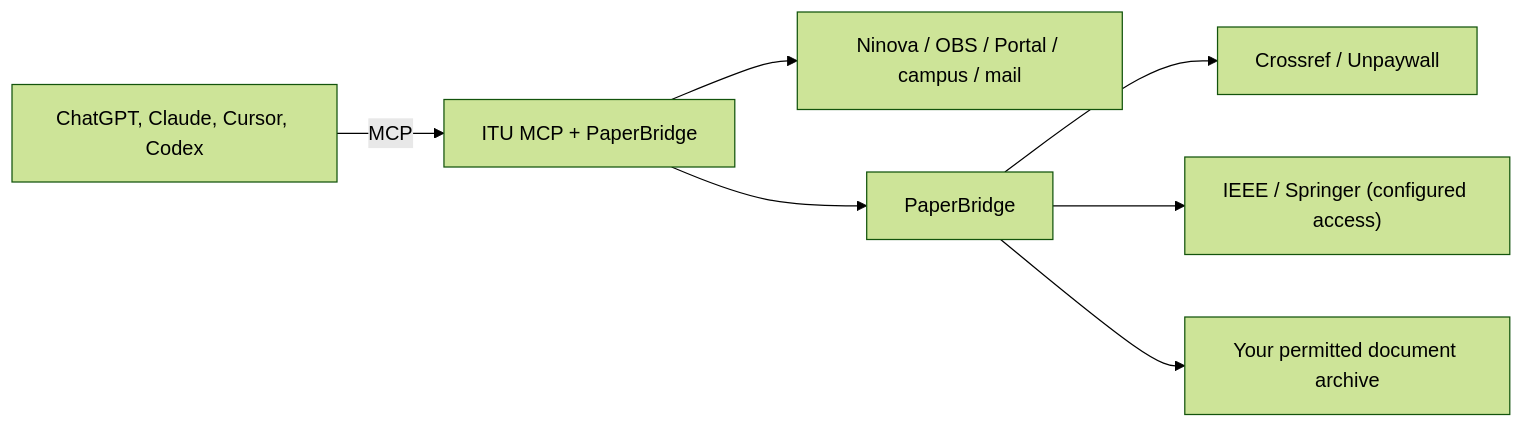
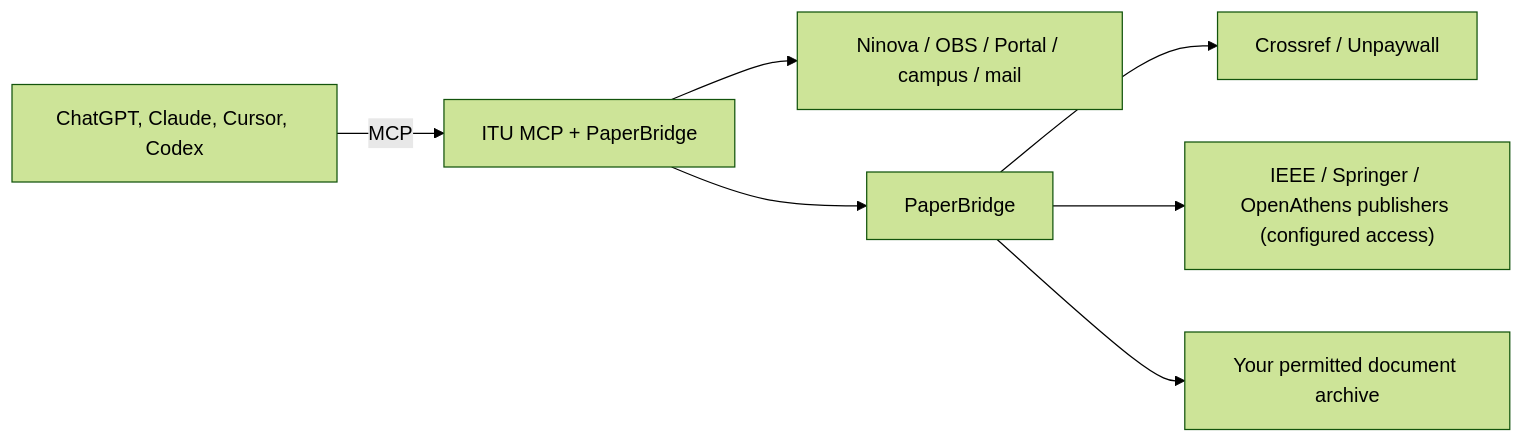
One commit to tzi4/itu-mcp changed the diagram in README.md. Above: the diagram before and after it, drawn with Mermaid (forest theme). The commit also changed other lines of this file and 3 other files, not shown here.

First line of the commit message:
Fetch OpenAthens PDFs inside the article page and document coverage

````diff
--- a/README.md
+++ b/README.md
@@ -252,9 +255,9 @@
 ```mermaid
 graph LR
     client["ChatGPT, Claude, Cursor, Codex"] -->|"MCP"| server["ITU MCP + PaperBridge"]
     server --> itu["Ninova / OBS / Portal / campus / mail"]
     server --> pb["PaperBridge"]
     pb --> metadata["Crossref / Unpaywall"]
-    pb --> publishers["IEEE / Springer (configured access)"]
+    pb --> publishers["IEEE / Springer / OpenAthens publishers (configured access)"]
     pb --> archive["Your permitted document archive"]
 ```
````
